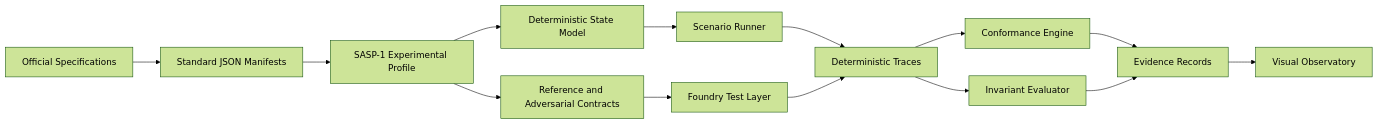
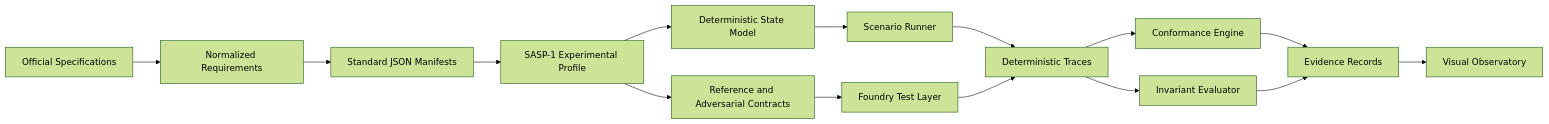
The diagram in README.md (valeriusvarda/spectra-asset-protocol-lab), drawn with Mermaid (forest theme) before and after one commit. The commit also changed other lines of this file, not shown here.

````diff
--- a/README.md
+++ b/README.md
@@ -83,22 +216,23 @@
 ```mermaid
 flowchart LR
-    A[Official Specifications] --> B[Standard JSON Manifests]
-    B --> C[SASP-1 Experimental Profile]
+    A[Official Specifications] --> B[Normalized Requirements]
+    B --> C[Standard JSON Manifests]
+    C --> D[SASP-1 Experimental Profile]
 
-    C --> D[Deterministic State Model]
-    C --> E[Reference and Adversarial Contracts]
+    D --> E[Deterministic State Model]
+    D --> F[Reference and Adversarial Contracts]
 
-    D --> F[Scenario Runner]
-    E --> G[Foundry Test Layer]
+    E --> G[Scenario Runner]
+    F --> H[Foundry Test Layer]
 
-    F --> H[Deterministic Traces]
-    G --> H
+    G --> I[Deterministic Traces]
+    H --> I
 
-    H --> I[Conformance Engine]
-    H --> J[Invariant Evaluator]
+    I --> J[Conformance Engine]
+    I --> K[Invariant Evaluator]
 
-    I --> K[Evidence Records]
-    J --> K
+    J --> L[Evidence Records]
+    K --> L
 
-    K --> L[Visual Observatory]
+    L --> M[Visual Observatory]
 ```
````
